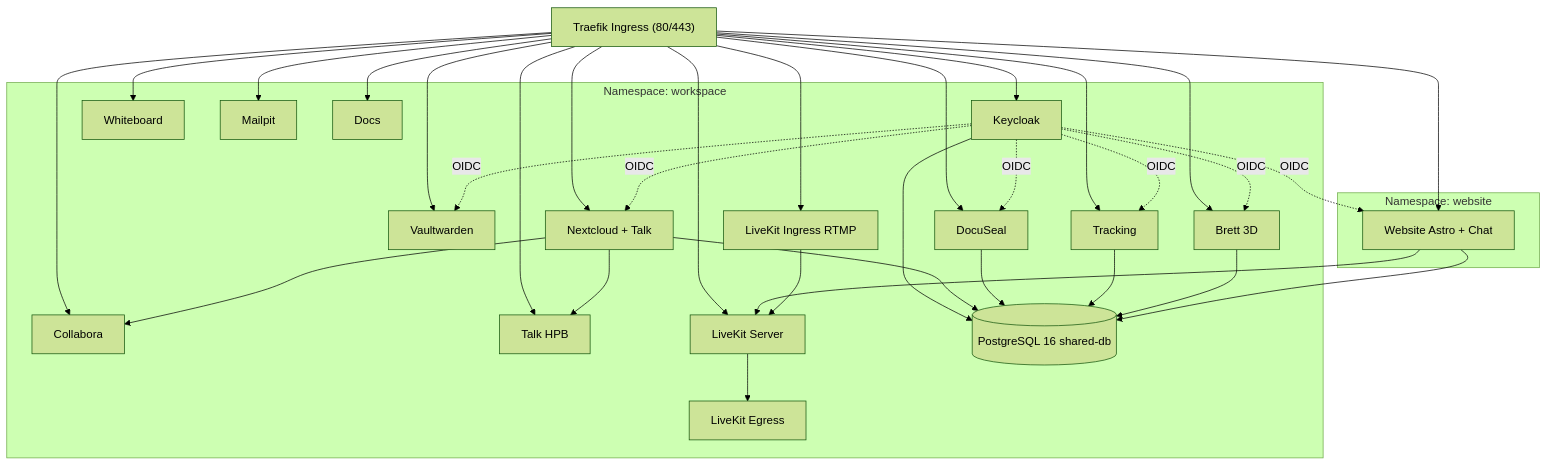
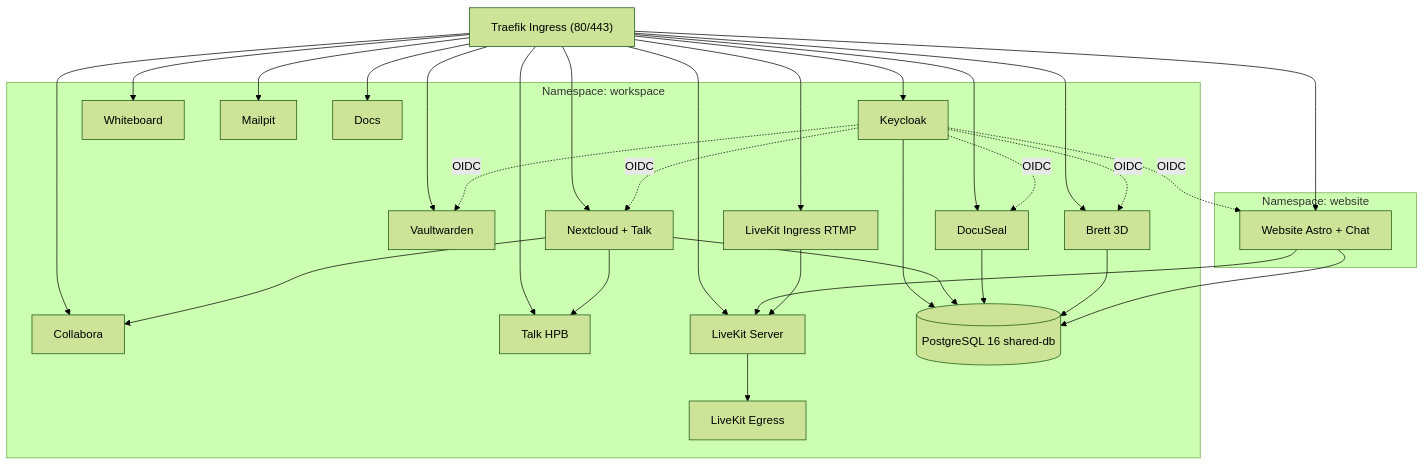
Before and after one commit to Paddione/Bachelorprojekt: the diagram in README.md, drawn with Mermaid (forest theme). The commit also changed 192 other files, not shown here.

````diff
--- a/README.md
+++ b/README.md
@@ -56,35 +56,34 @@
 ```mermaid
 graph TB
     Traefik["Traefik Ingress (80/443)"]
 
     subgraph workspace ["Namespace: workspace"]
         KC[Keycloak]
         NC[Nextcloud + Talk]
         CO[Collabora]
         HPB[Talk HPB]
         VW[Vaultwarden]
         WB[Whiteboard]
         BRETT[Brett 3D]
         MP[Mailpit]
         DOCS[Docs]
         DS[DocuSeal]
-        TR[Tracking]
         LK[LiveKit Server]
         LKI[LiveKit Ingress RTMP]
         LKE[LiveKit Egress]
         DB[(PostgreSQL 16 shared-db)]
     end
 
     subgraph website-ns ["Namespace: website"]
         WEB[Website Astro + Chat]
     end
 
-    Traefik --> KC & NC & CO & HPB & VW & WB & BRETT & MP & DOCS & DS & TR & WEB & LK & LKI
-    KC -. OIDC .-> NC & VW & WEB & DS & TR & BRETT
+    Traefik --> KC & NC & CO & HPB & VW & WB & BRETT & MP & DOCS & DS & WEB & LK & LKI
+    KC -. OIDC .-> NC & VW & WEB & DS & BRETT
     NC --> CO
     NC --> HPB
     WEB --> LK
     LKI --> LK
     LK --> LKE
-    KC & NC & DS & TR & BRETT & WEB --> DB
+    KC & NC & DS & BRETT & WEB --> DB
 ```
````
